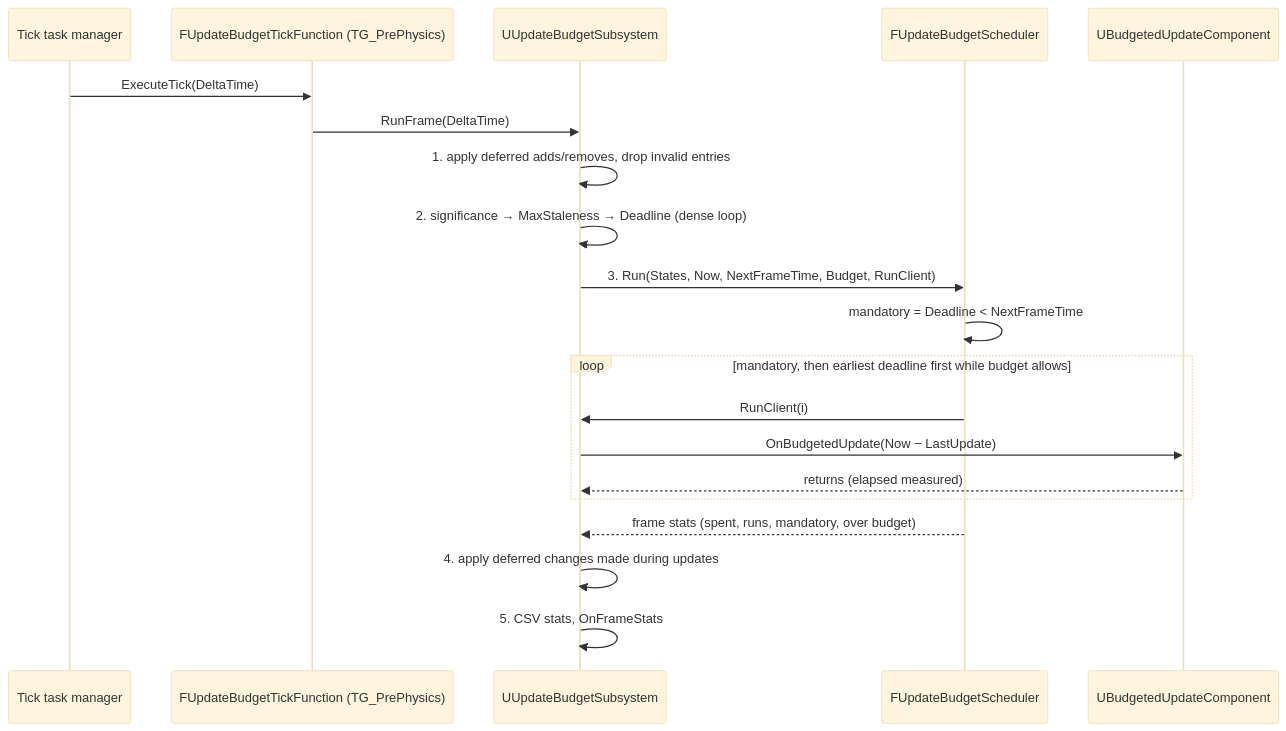
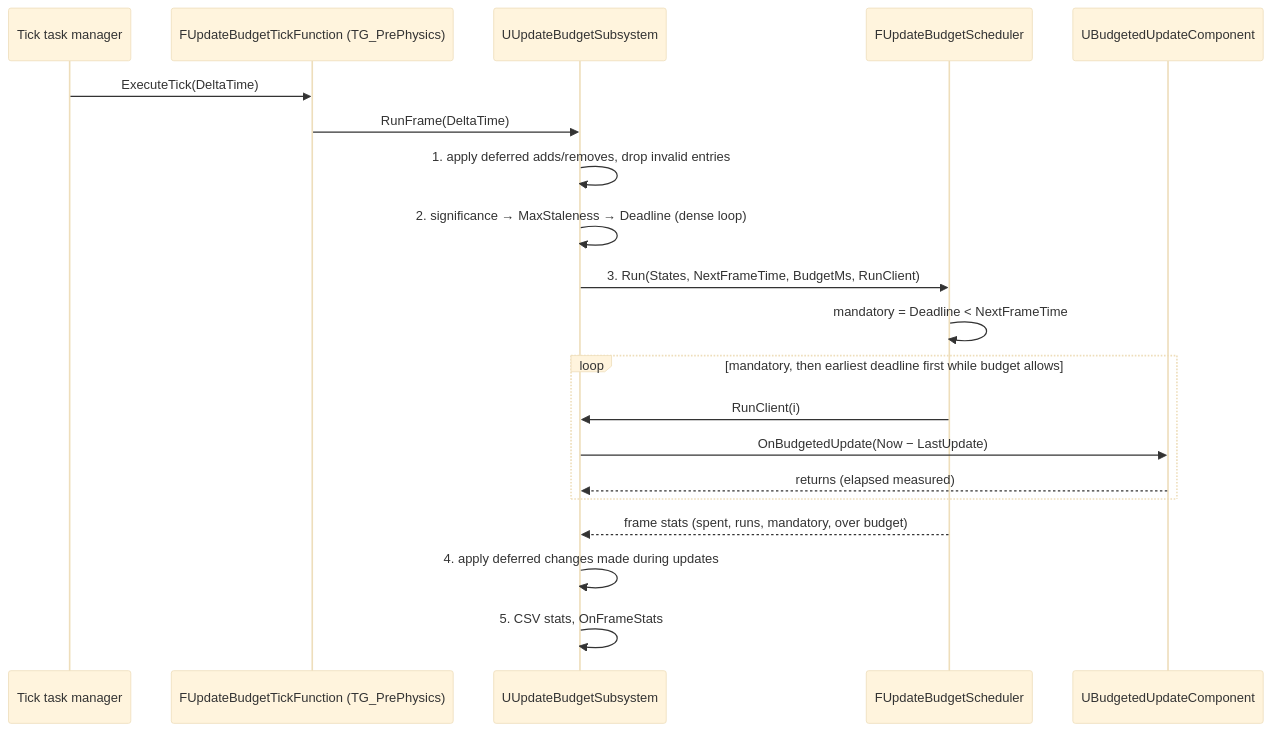
Before and after one commit to KrishGangani/UE5-UpdateBudget: the second of 2 diagrams in Explanation/02_System_Architecture.md, drawn with Mermaid (base theme). The commit also changed other lines of this file and 28 other files, not shown here.

````diff
--- a/Explanation/02_System_Architecture.md
+++ b/Explanation/02_System_Architecture.md
@@ -142,22 +142,22 @@
 ```mermaid
 sequenceDiagram
   participant TT as Tick task manager
   participant TF as FUpdateBudgetTickFunction (TG_PrePhysics)
   participant S as UUpdateBudgetSubsystem
   participant P as FUpdateBudgetScheduler
   participant C as UBudgetedUpdateComponent
   TT->>TF: ExecuteTick(DeltaTime)
   TF->>S: RunFrame(DeltaTime)
   S->>S: 1. apply deferred adds/removes, drop invalid entries
   S->>S: 2. significance → MaxStaleness → Deadline (dense loop)
-  S->>P: 3. Run(States, Now, NextFrameTime, Budget, RunClient)
+  S->>P: 3. Run(States, NextFrameTime, BudgetMs, RunClient)
   P->>P: mandatory = Deadline < NextFrameTime
   loop mandatory, then earliest deadline first while budget allows
     P->>S: RunClient(i)
     S->>C: OnBudgetedUpdate(Now − LastUpdate)
     C-->>S: returns (elapsed measured)
   end
   P-->>S: frame stats (spent, runs, mandatory, over budget)
   S->>S: 4. apply deferred changes made during updates
   S->>S: 5. CSV stats, OnFrameStats
 ```
````
